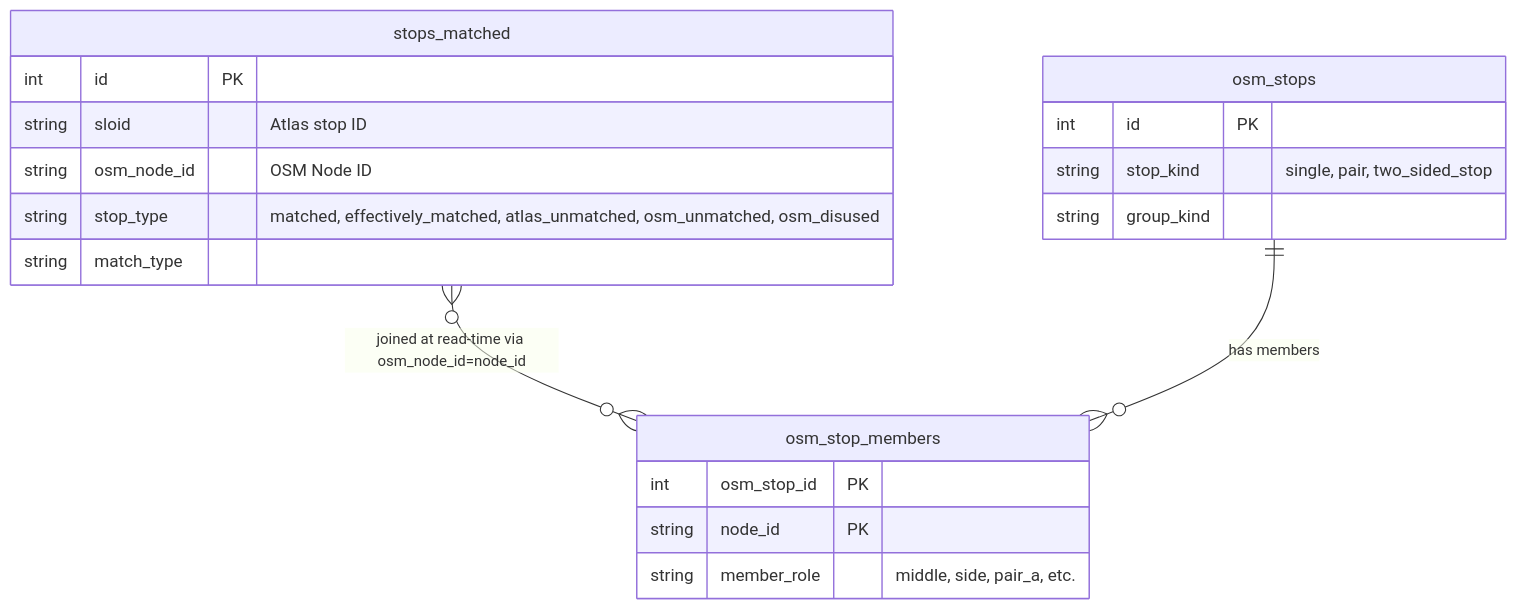
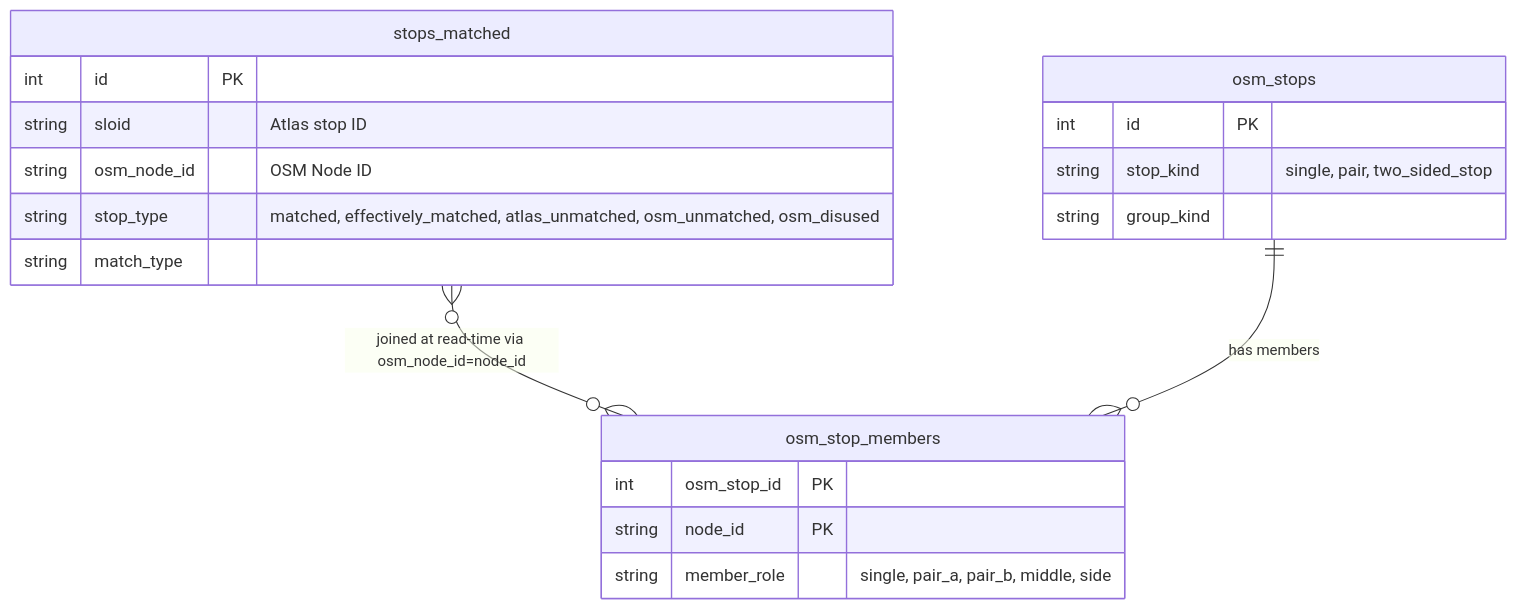
Before and after one commit to openTdataCH/stop_sync_osm_atlas: the diagram in documentation/2.3 Global Stats.md, drawn with Mermaid. The commit also changed other lines of this file and 53 other files, not shown here.

````diff
--- a/documentation/2.3 Global Stats.md
+++ b/documentation/2.3 Global Stats.md
@@ -9,25 +9,25 @@
 ```mermaid
 erDiagram
    stops_matched {
       int id PK
       string sloid "Atlas stop ID"
       string osm_node_id "OSM Node ID"
       string stop_type "matched, effectively_matched, atlas_unmatched, osm_unmatched, osm_disused"
       string match_type
    }
 
    osm_stops {
       int id PK
       string stop_kind "single, pair, two_sided_stop"
       string group_kind
    }
 
    osm_stop_members {
       int osm_stop_id PK
       string node_id PK
-      string member_role "middle, side, pair_a, etc."
+      string member_role "single, pair_a, pair_b, middle, side"
    }
 
    stops_matched }o--o{ osm_stop_members : "joined at read-time via osm_node_id=node_id"
    osm_stops ||--o{ osm_stop_members : "has members"
 ```
````
